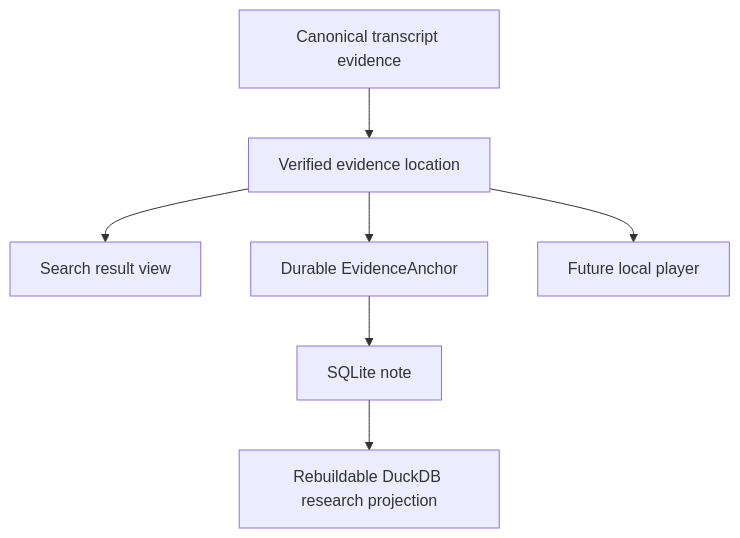
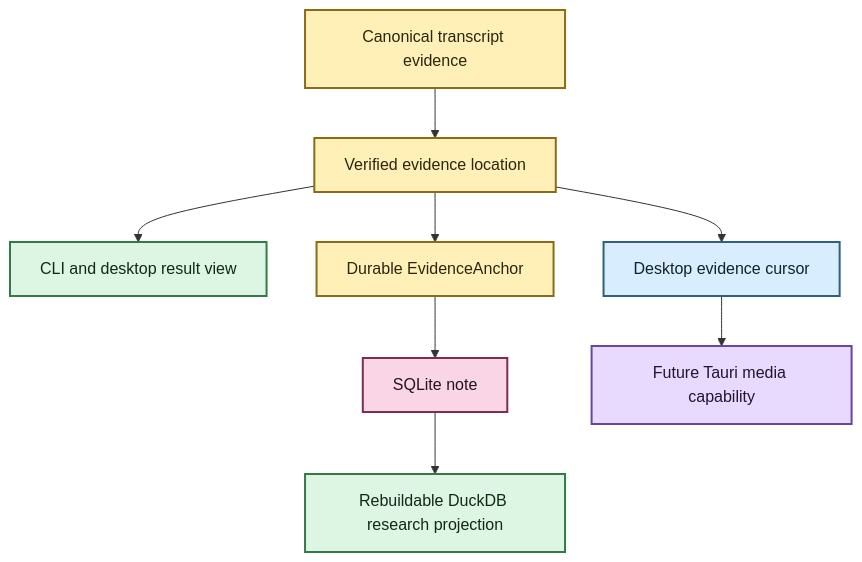
One commit to SSD1805/EchoFlow changed the second of 2 diagrams in docs/evidence-navigation.md. Above: the diagram before and after it, drawn with Mermaid. The commit also changed other lines of this file and 29 other files, not shown here.

Commit message:
docs: restore Mermaid styling and refresh current product truth

````diff
--- a/docs/evidence-navigation.md
+++ b/docs/evidence-navigation.md
@@ -182,9 +199,22 @@
 ```mermaid
-graph TD;
+flowchart TD
     A[Canonical transcript evidence] --> B[Verified evidence location]
-    B --> C[Search result view]
+    B --> C[CLI and desktop result view]
     B --> D[Durable EvidenceAnchor]
     D --> E[SQLite note]
     E --> F[Rebuildable DuckDB research projection]
-    B --> G[Future local player]
+    B --> G[Desktop evidence cursor]
+    G --> H[Future Tauri media capability]
+
+    classDef evidence fill:#FFF0B8,stroke:#8A6B18,stroke-width:2px,color:#2C260F
+    classDef source fill:#F9D5E5,stroke:#7B2E52,stroke-width:2px,color:#22151B
+    classDef view fill:#DDF5E3,stroke:#347A46,stroke-width:2px,color:#142719
+    classDef inspect fill:#D8EEFF,stroke:#2E617B,stroke-width:2px,color:#12222A
+    classDef process fill:#E8D9FF,stroke:#68469B,stroke-width:2px,color:#1F1630
+
+    class A,B,D evidence
+    class E source
+    class C,F view
+    class G inspect
+    class H process
 ```
````
